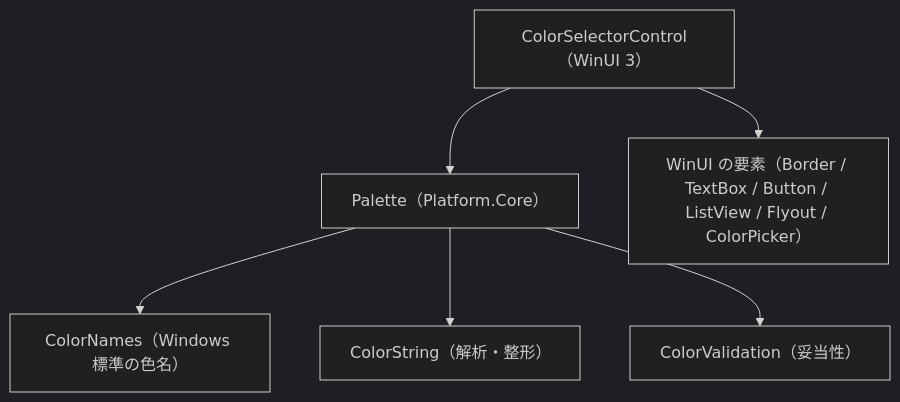
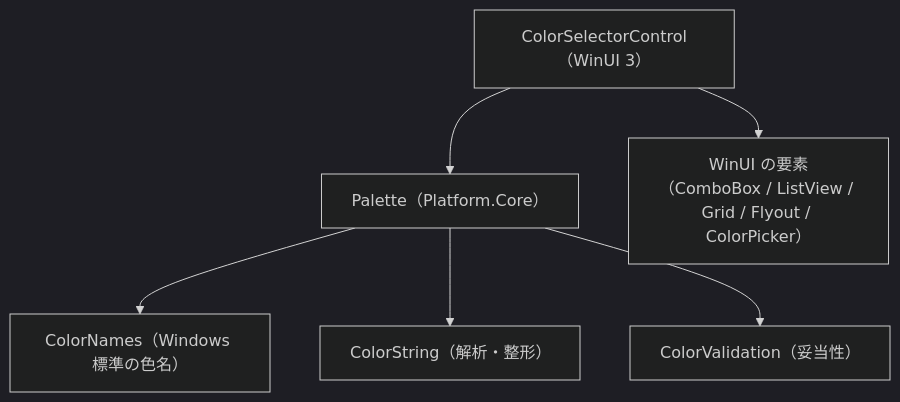
Before and after one commit to tomokuni/EsUtil: the diagram in EsUtil.Ui.WinUI3/ColorSelector/docs/SPEC_System.md, drawn with Mermaid (dark theme). The commit also changed other lines of this file and 32 other files, not shown here.

````diff
--- a/EsUtil.Ui.WinUI3/ColorSelector/docs/SPEC_System.md
+++ b/EsUtil.Ui.WinUI3/ColorSelector/docs/SPEC_System.md
@@ -31,8 +32,8 @@
 ```mermaid
 graph TD
   UI["ColorSelectorControl（WinUI 3）"] --> Core["Palette（Platform.Core）"]
-  UI --> Win["WinUI の要素（Border / TextBox / Button / ListView / Flyout / ColorPicker）"]
+  UI --> Win["WinUI の要素（ComboBox / ListView / Grid / Flyout / ColorPicker）"]
   Core --> Names["ColorNames（Windows 標準の色名）"]
   Core --> Str["ColorString（解析・整形）"]
   Core --> Val["ColorValidation（妥当性）"]
 ```
````
